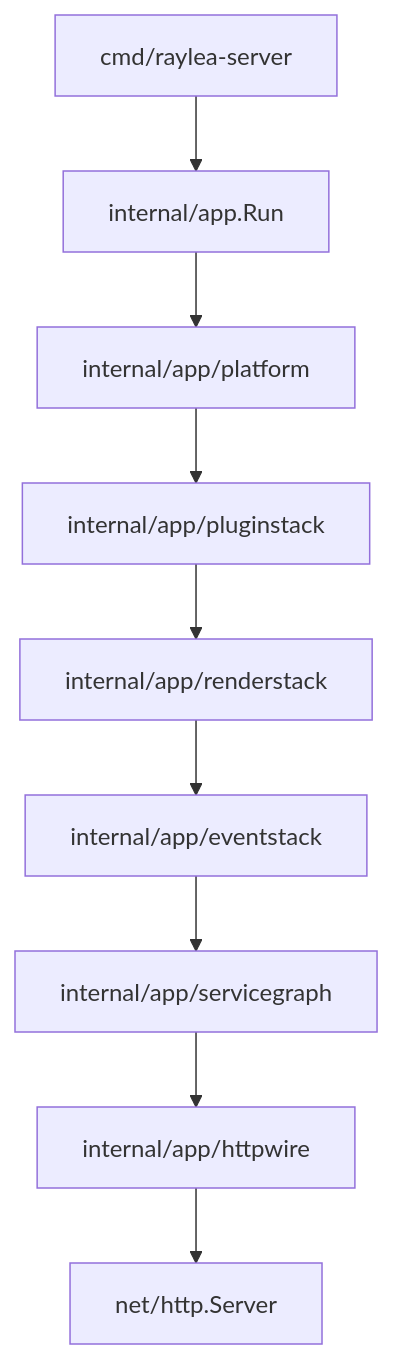
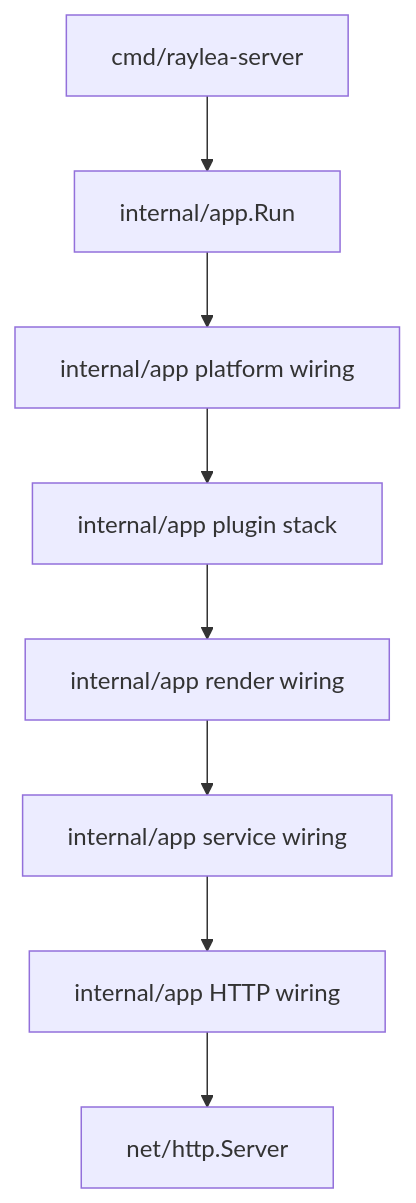
The first of 2 diagrams in docs/architecture/server-lifecycle.md (RayleaBot/RayleaBot), drawn with Mermaid before and after one commit. The commit also changed 6 other files, not shown here.

````diff
--- a/docs/architecture/server-lifecycle.md
+++ b/docs/architecture/server-lifecycle.md
@@ -7,11 +7,10 @@
 ```mermaid
 flowchart TD
   cmd["cmd/raylea-server"] --> run["internal/app.Run"]
-  run --> platform["internal/app/platform"]
-  platform --> pluginstack["internal/app/pluginstack"]
-  pluginstack --> renderstack["internal/app/renderstack"]
-  renderstack --> eventstack["internal/app/eventstack"]
-  eventstack --> servicegraph["internal/app/servicegraph"]
-  servicegraph --> httpwire["internal/app/httpwire"]
+  run --> platform["internal/app platform wiring"]
+  platform --> pluginstate["internal/app plugin stack"]
+  pluginstate --> render["internal/app render wiring"]
+  render --> services["internal/app service wiring"]
+  services --> httpwire["internal/app HTTP wiring"]
   httpwire --> server["net/http.Server"]
 ```
````
